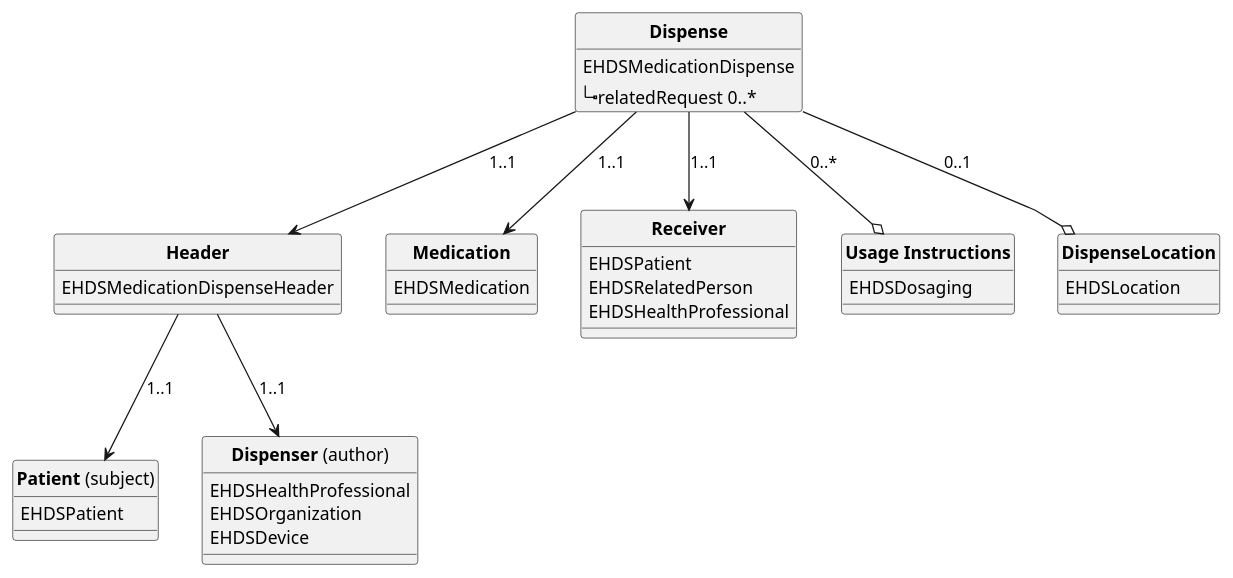
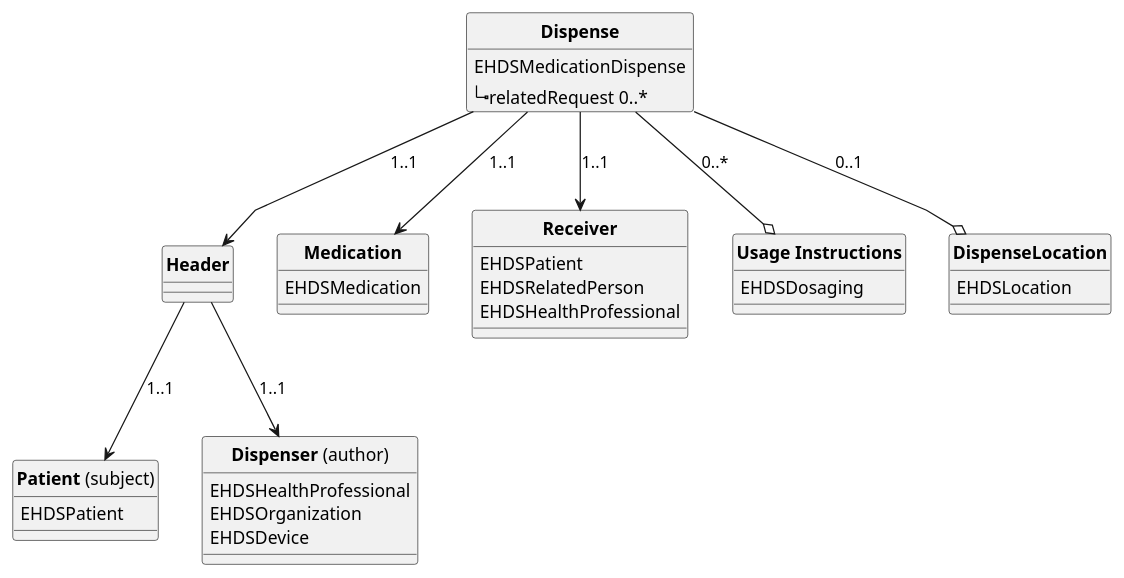
Before and after one commit to Xt-EHR/xt-ehr-common: the diagram in input/images-source/dispense.plantuml, drawn with PlantUML. The commit also changed 2 other files, not shown here.

Commit message:
remove Header from prescription diagram

```diff
--- a/input/images-source/dispense.plantuml
+++ b/input/images-source/dispense.plantuml
@@ -1,57 +1,57 @@
 @startuml
 skinparam linetype polyline
 hide circle
 hide stereotype
 
 
 class "**Dispense**" as eD{
   EHDSMedicationDispense
   |_relatedRequest 0..*  
 }
 
 
 eD --> Header: "1..1"
 eD --> Medication: "1..1"
 eD --> Receiver: "1..1"
 eD --o Dosage: "0..*"
 eD --o Location: "0..1"
 
 class "**Header**" as Header{
-EHDSMedicationDispenseHeader
+
 }
 
 Header --> Patient: "1..1"
 Header --> Dispenser: "1..1"
 
 
 class "**Dispenser** (author)" as Dispenser{
   EHDSHealthProfessional   
   EHDSOrganization
   EHDSDevice
 }
 
 class "**Patient** (subject)" as Patient{
   EHDSPatient   
 
 }
 
 class "**Receiver**" as Receiver{ 
   EHDSPatient
   EHDSRelatedPerson
   EHDSHealthProfessional
 }
 
 class "**DispenseLocation**" as Location{
   EHDSLocation   
 
 }
 class "**Usage Instructions**" as Dosage{
   EHDSDosaging   
  
 }
 
 class "**Medication**" as Medication{
   EHDSMedication
  
 }
 @enduml
```
